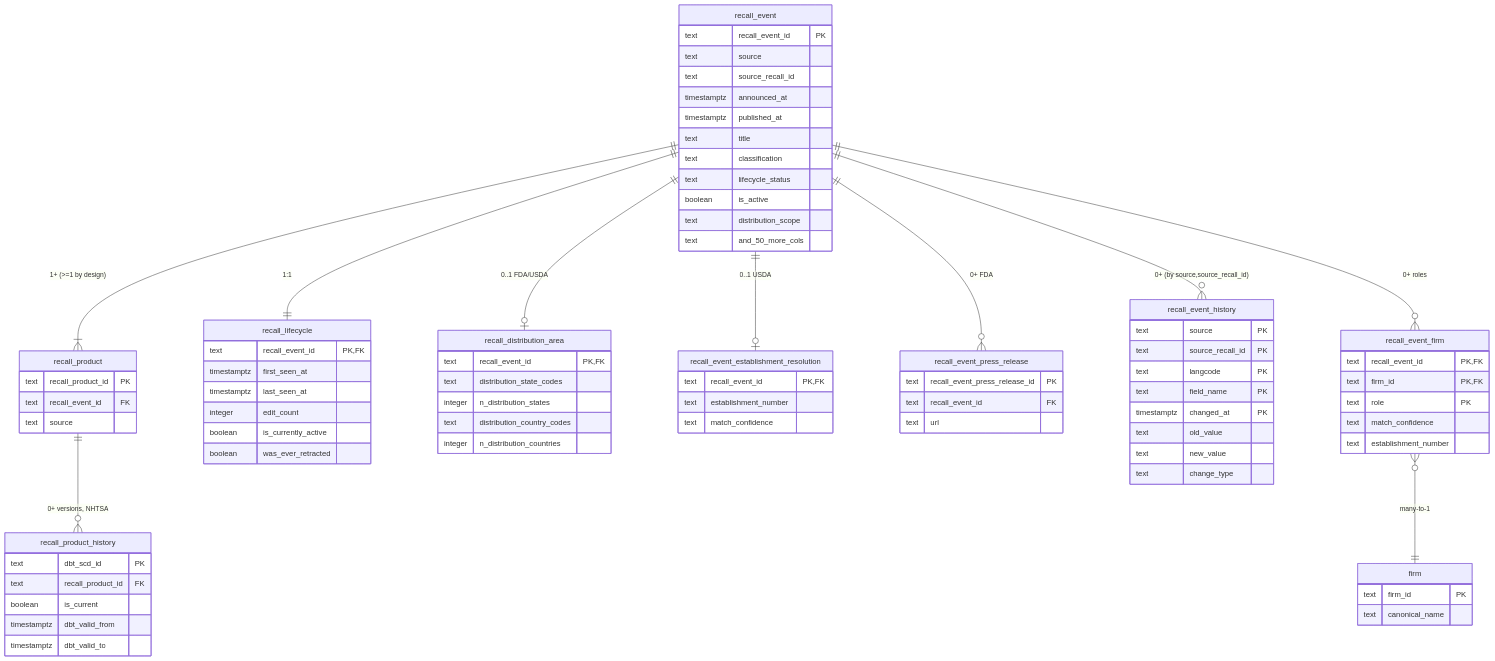
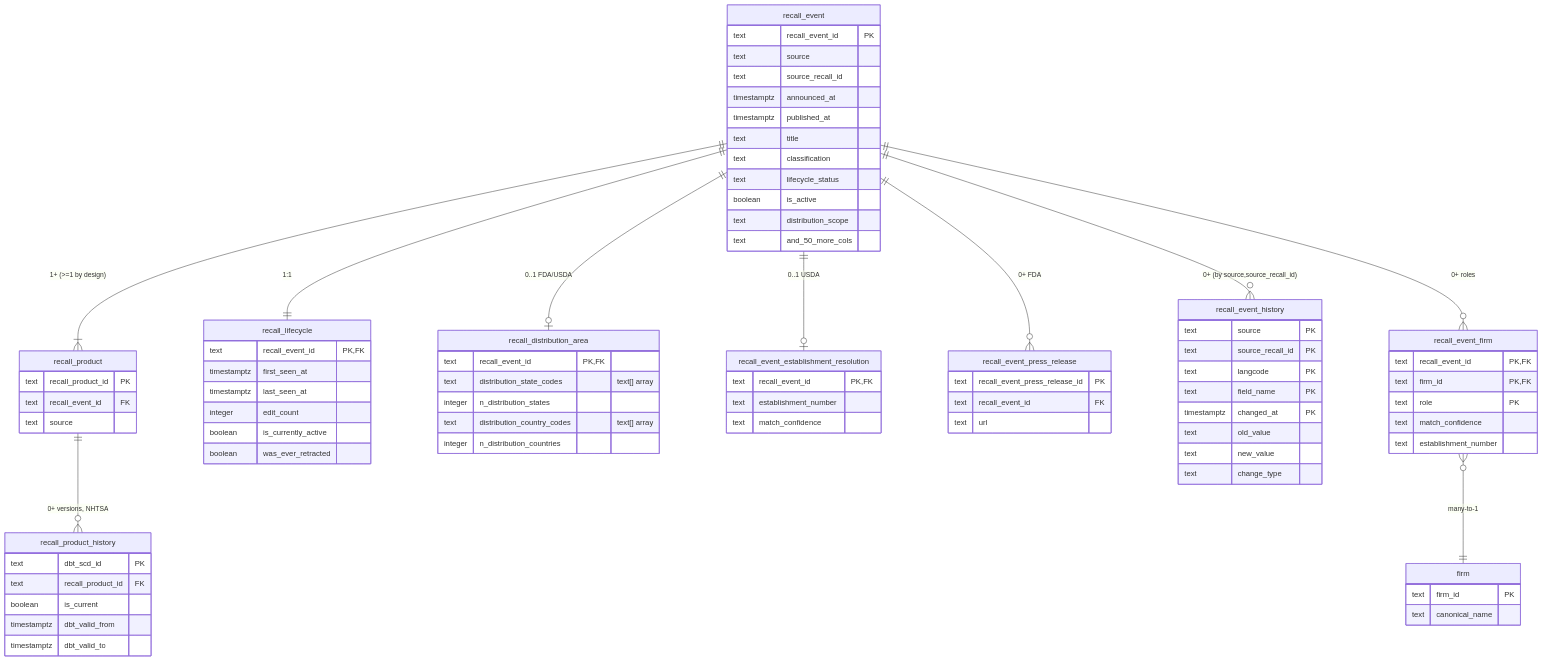
Before and after one commit to justanesta/consumer-product-recalls: the second of 4 diagrams in documentation/database_overview.md, drawn with Mermaid. The commit also changed 19 other files, not shown here.

```diff
--- a/documentation/database_overview.md
+++ b/documentation/database_overview.md
@@ -245,9 +245,9 @@
     }
     recall_distribution_area {
         text    recall_event_id        PK,FK
-        text    distribution_state_codes
+        text    distribution_state_codes    "text[] array"
         integer n_distribution_states
-        text    distribution_country_codes
+        text    distribution_country_codes  "text[] array"
         integer n_distribution_countries
     }
     recall_event_establishment_resolution {
```
